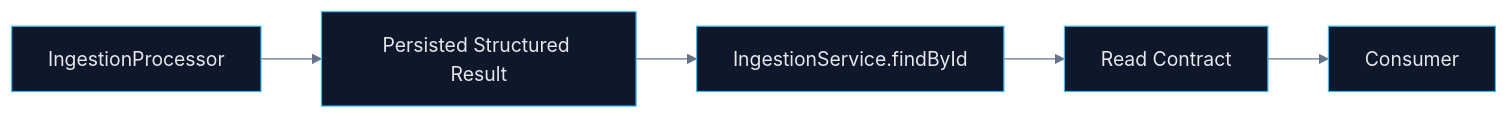
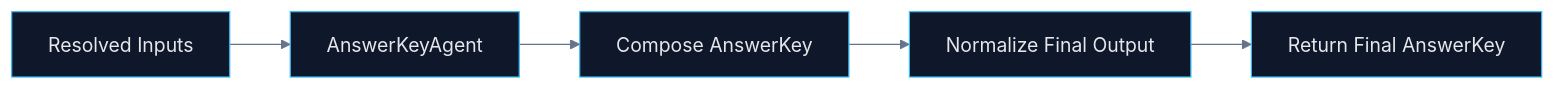
One commit to matheusdiamantino-betalent/questions-ai changed the diagram in PR 80 — Fase 2: Exposição Estruturada do Resultado Processado em Ingestion.md. Above: the diagram before and after it, drawn with Mermaid. The commit also changed other lines of this file, not shown here.

Commit message:
Update PR 80 — Fase 2: Exposição Estruturada do Resultado Processado em Ingestion.md

````diff
--- a/PR 80 — Fase 2: Exposição Estruturada do Resultado Processado em Ingestion.md
+++ b/PR 80 — Fase 2: Exposição Estruturada do Resultado Processado em Ingestion.md
@@ -99,19 +86,19 @@
 ```mermaid
 %%{init: {
   "theme": "base",
   "themeVariables": {
     "primaryColor": "#0f172a",
     "primaryTextColor": "#e5e7eb",
     "primaryBorderColor": "#38bdf8",
     "lineColor": "#64748b",
     "secondaryColor": "#111827",
     "tertiaryColor": "#1e293b",
     "background": "#020617"
   }
 }}%%
 flowchart LR
-    A[IngestionProcessor] --> B[Persisted Structured Result]
-    B --> C[IngestionService.findById]
-    C --> D[Read Contract]
-    D --> E[Consumer]
+    A[Resolved Inputs] --> B[AnswerKeyAgent]
+    B --> C[Compose AnswerKey]
+    C --> D[Normalize Final Output]
+    D --> E[Return Final AnswerKey]
 ```
````
